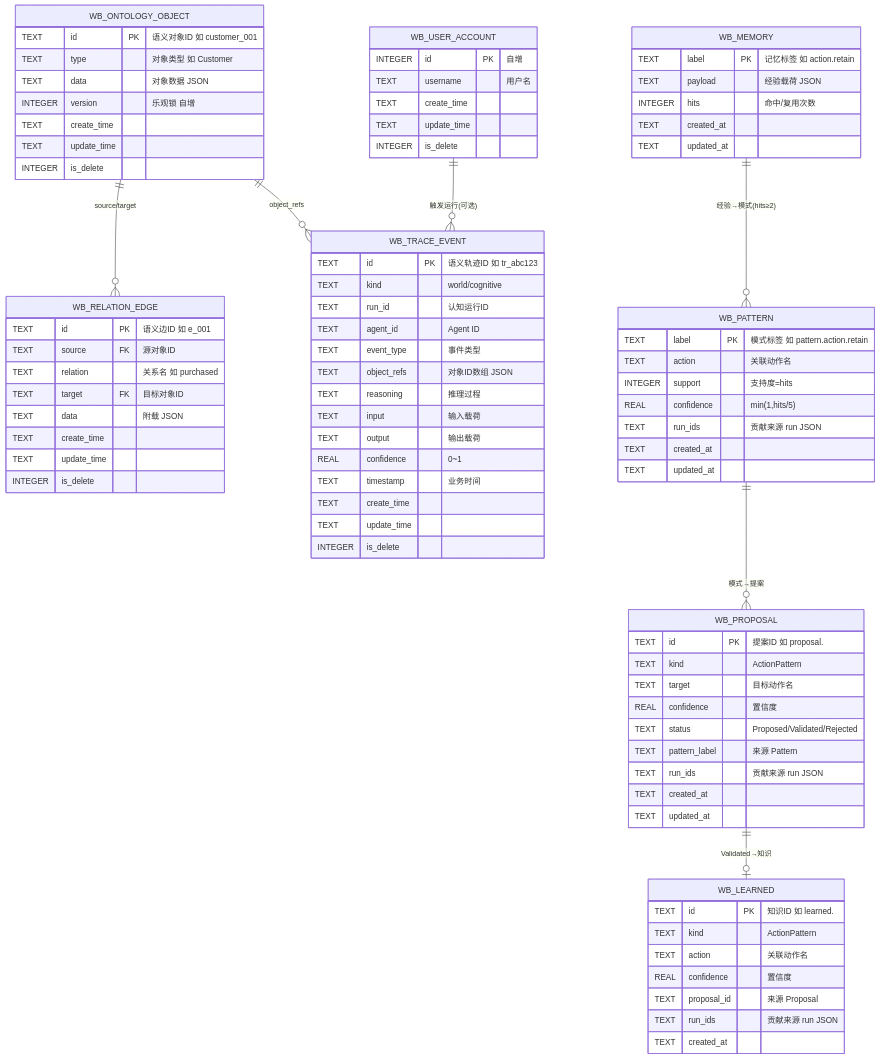
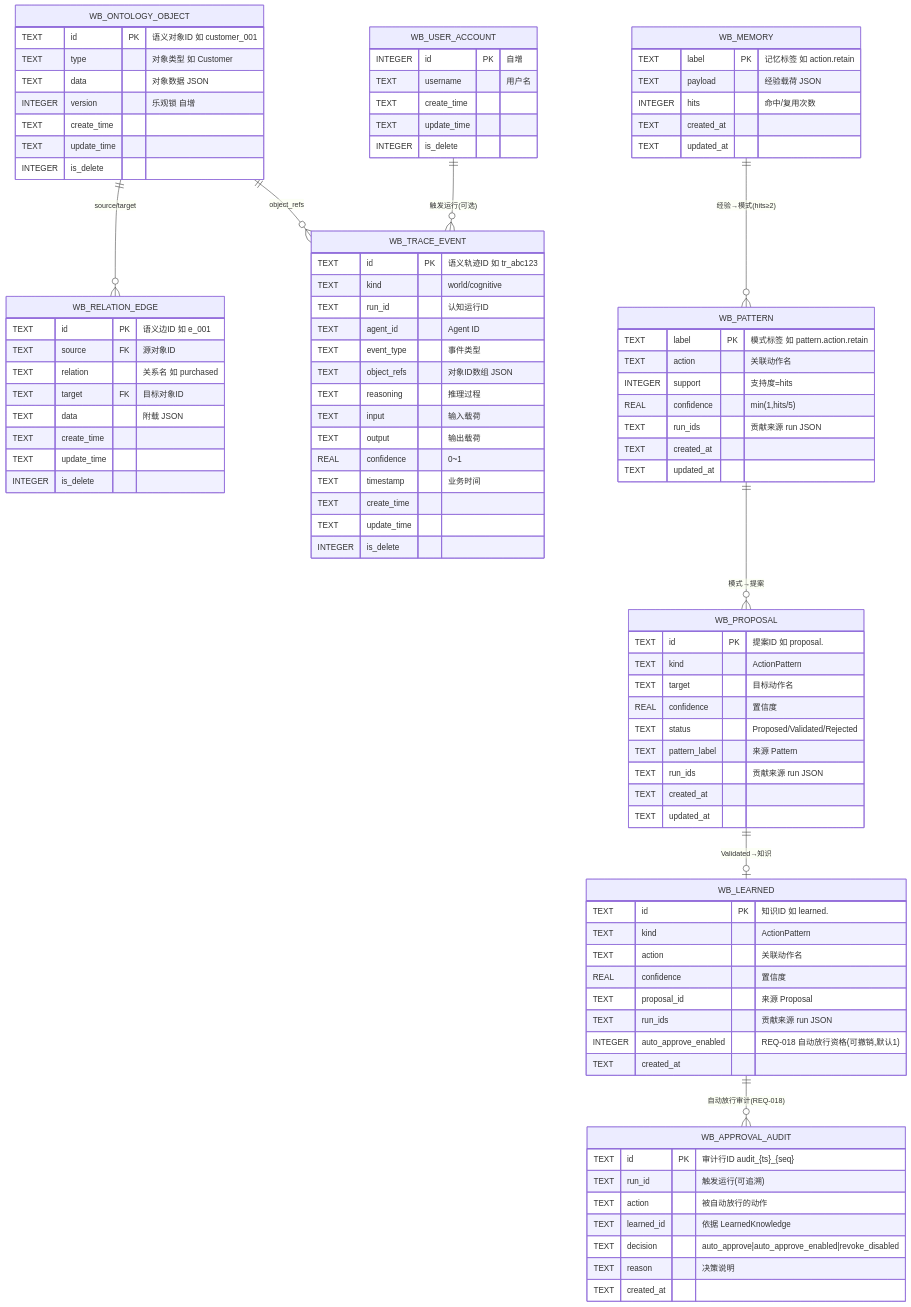
The diagram in docs/04_数据库设计/db-total-erd.md (flashtony2005/onotlogy2), drawn with Mermaid before and after one commit. The commit also changed other lines of this file and 23 other files, not shown here.

First line of the commit message:
feat(V0.6): REQ-018 Evolution 第二阶段 AutoApprove 受控自动放行落地

````diff
--- a/docs/04_数据库设计/db-total-erd.md
+++ b/docs/04_数据库设计/db-total-erd.md
@@ -30,6 +30,7 @@
     WB_MEMORY ||--o{ WB_PATTERN : "经验→模式(hits≥2)"
     WB_PATTERN ||--o{ WB_PROPOSAL : "模式→提案"
     WB_PROPOSAL ||--o| WB_LEARNED : "Validated→知识"
+    WB_LEARNED ||--o{ WB_APPROVAL_AUDIT : "自动放行审计(REQ-018)"
 
     WB_ONTOLOGY_OBJECT {
         TEXT id PK "语义对象ID 如 customer_001"
@@ -107,6 +108,16 @@
         REAL confidence "置信度"
         TEXT proposal_id "来源 Proposal"
         TEXT run_ids "贡献来源 run JSON"
+        INTEGER auto_approve_enabled "REQ-018 自动放行资格(可撤销,默认1)"
+        TEXT created_at
+    }
+    WB_APPROVAL_AUDIT {
+        TEXT id PK "审计行ID audit_{ts}_{seq}"
+        TEXT run_id "触发运行(可追溯)"
+        TEXT action "被自动放行的动作"
+        TEXT learned_id "依据 LearnedKnowledge"
+        TEXT decision "auto_approve|auto_approve_enabled|revoke_disabled"
+        TEXT reason "决策说明"
         TEXT created_at
     }
 ```
````
